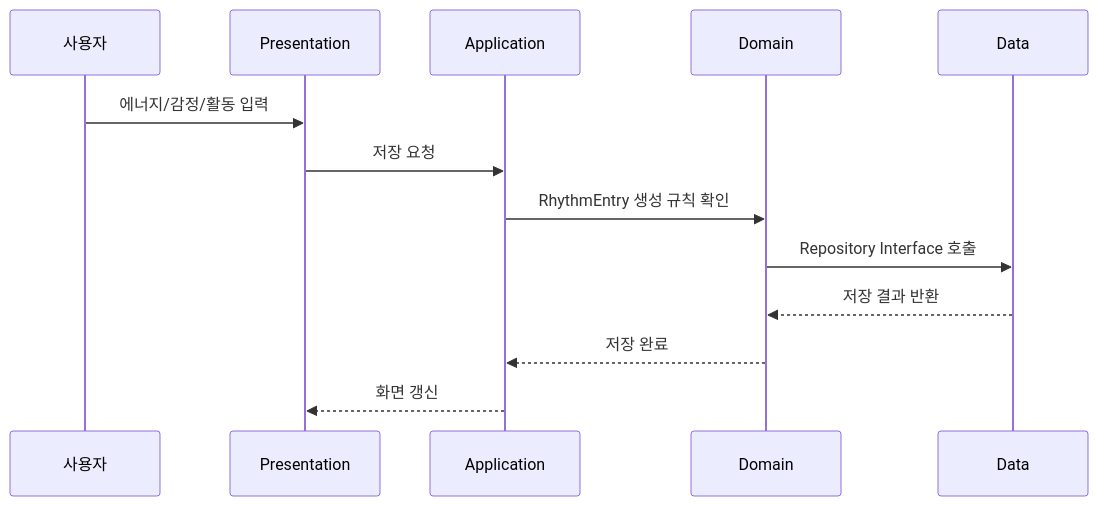
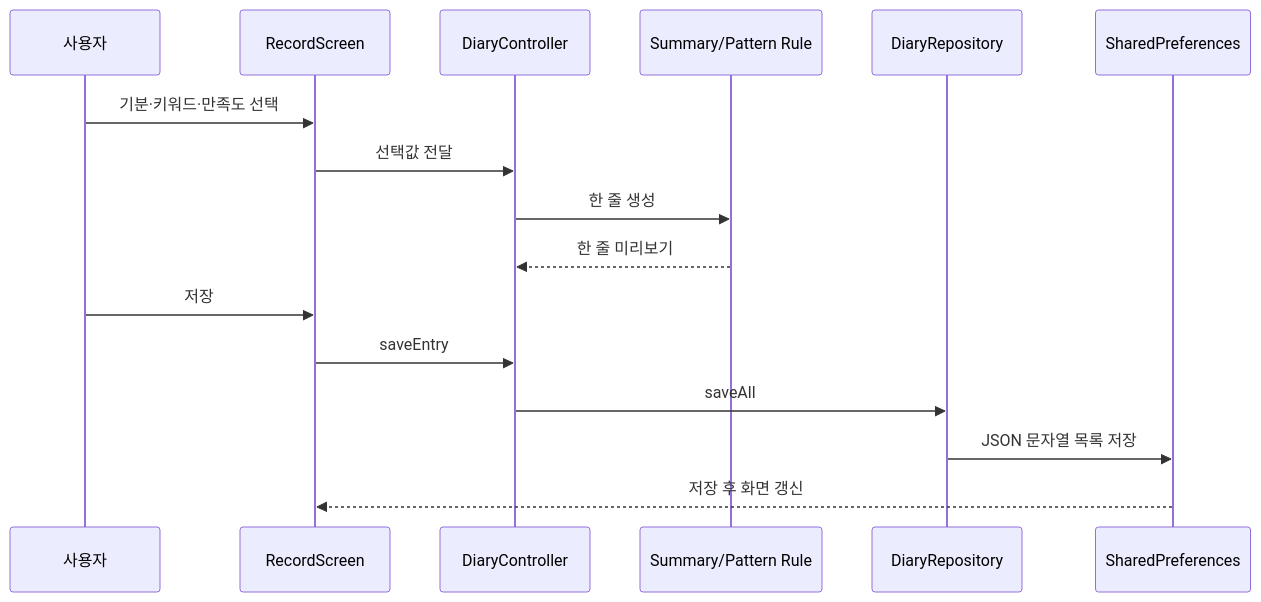
One commit to yseho031018/rhythm-archive changed the second of 2 diagrams in docs/architecture.md. Above: the diagram before and after it, drawn with Mermaid. The commit also changed other lines of this file and 65 other files, not shown here.

````diff
--- a/docs/architecture.md
+++ b/docs/architecture.md
@@ -89,16 +79,19 @@
 ```mermaid
 sequenceDiagram
   participant User as 사용자
-  participant UI as Presentation
-  participant VM as Application
-  participant Domain as Domain
-  participant Data as Data
+  participant Screen as RecordScreen
+  participant Controller as DiaryController
+  participant Rule as Summary/Pattern Rule
+  participant Repo as DiaryRepository
+  participant Storage as SharedPreferences
 
-  User->>UI: 에너지/감정/활동 입력
-  UI->>VM: 저장 요청
-  VM->>Domain: RhythmEntry 생성 규칙 확인
-  Domain->>Data: Repository Interface 호출
-  Data-->>Domain: 저장 결과 반환
-  Domain-->>VM: 저장 완료
-  VM-->>UI: 화면 갱신
+  User->>Screen: 기분·키워드·만족도 선택
+  Screen->>Controller: 선택값 전달
+  Controller->>Rule: 한 줄 생성
+  Rule-->>Controller: 한 줄 미리보기
+  User->>Screen: 저장
+  Screen->>Controller: saveEntry
+  Controller->>Repo: saveAll
+  Repo->>Storage: JSON 문자열 목록 저장
+  Storage-->>Screen: 저장 후 화면 갱신
 ```
````
